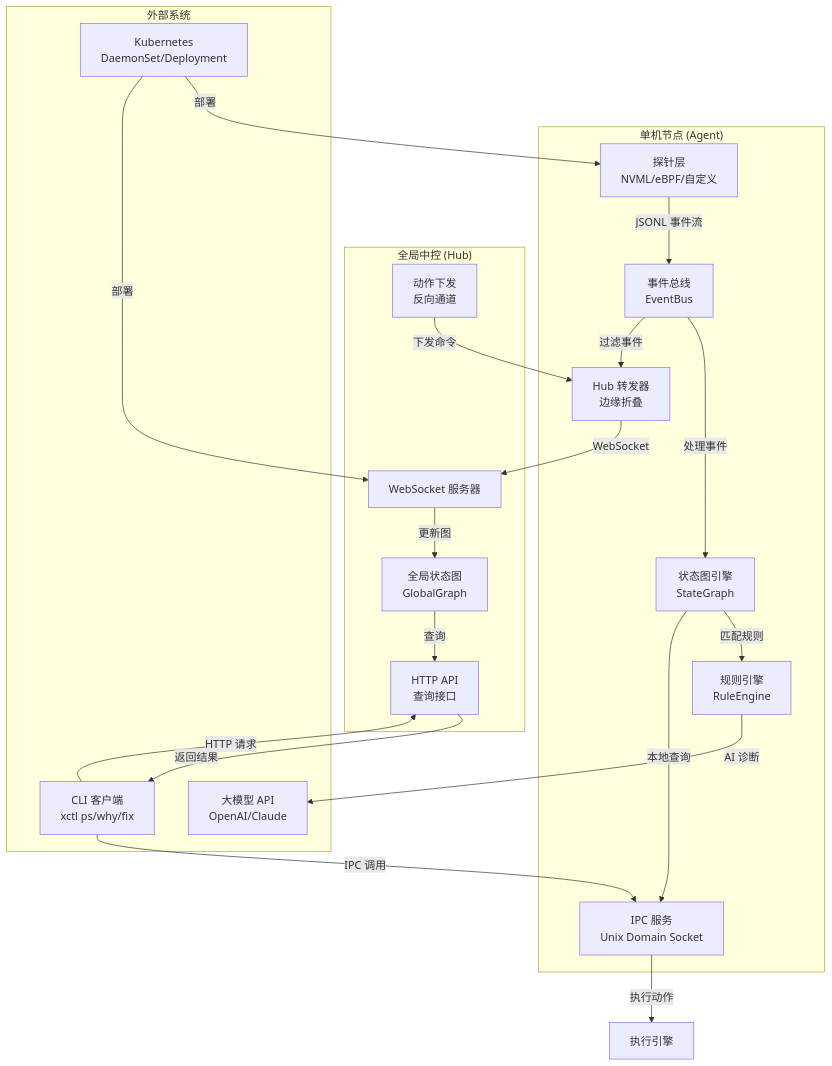
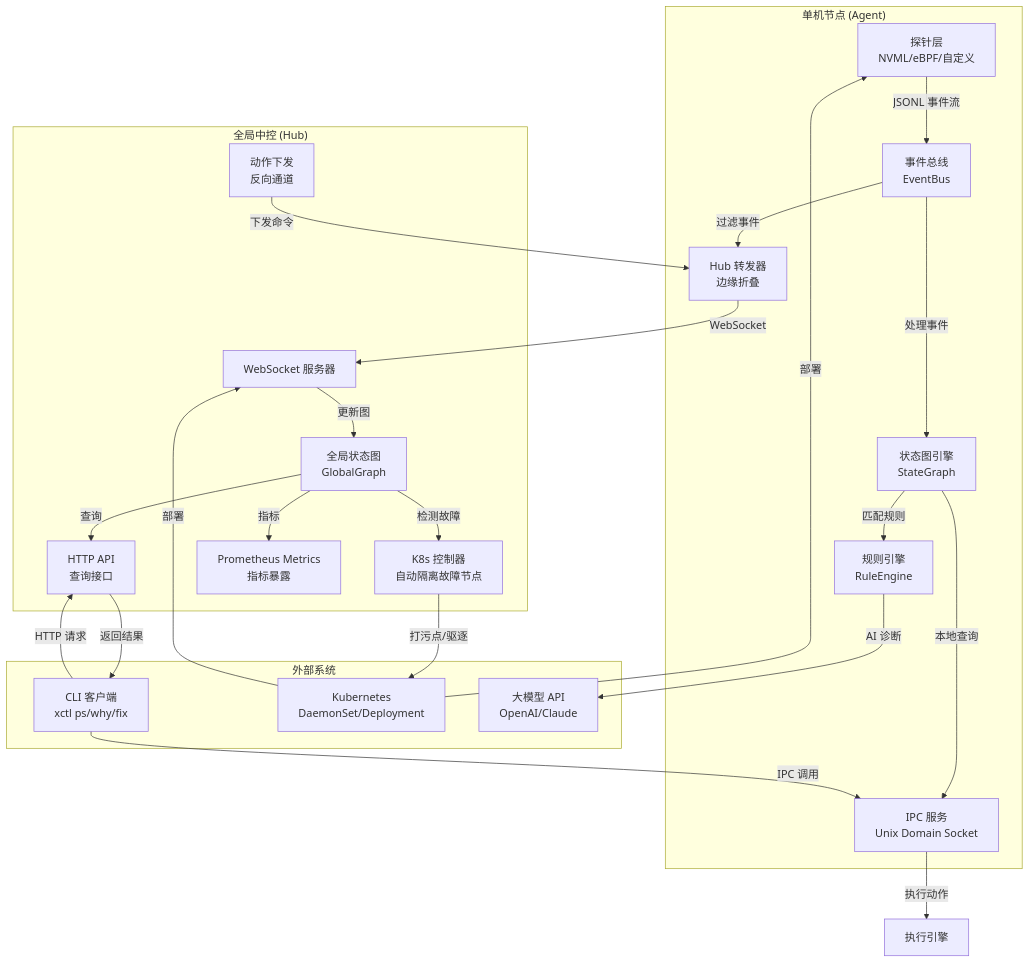
Before and after one commit to osen7/X-infra: the first of 6 diagrams in docs/ARCHITECTURE.md, drawn with Mermaid. The commit also changed other lines of this file and 22 other files, not shown here.

````diff
--- a/docs/ARCHITECTURE.md
+++ b/docs/ARCHITECTURE.md
@@ -7,45 +7,50 @@
 ```mermaid
 graph TB
     subgraph "单机节点 (Agent)"
         Probe[探针层<br/>NVML/eBPF/自定义]
         EventBus[事件总线<br/>EventBus]
         StateGraph[状态图引擎<br/>StateGraph]
         RuleEngine[规则引擎<br/>RuleEngine]
         IPC[IPC 服务<br/>Unix Domain Socket]
         HubForwarder[Hub 转发器<br/>边缘折叠]
     end
     
     subgraph "全局中控 (Hub)"
         WSServer[WebSocket 服务器]
         GlobalGraph[全局状态图<br/>GlobalGraph]
         HTTPAPI[HTTP API<br/>查询接口]
         ActionDispatch[动作下发<br/>反向通道]
+        K8sController[K8s 控制器<br/>自动隔离故障节点]
+        Metrics[Prometheus Metrics<br/>指标暴露]
     end
     
     subgraph "外部系统"
         CLI[CLI 客户端<br/>xctl ps/why/fix]
         K8s[Kubernetes<br/>DaemonSet/Deployment]
         LLM[大模型 API<br/>OpenAI/Claude]
     end
     
     Probe -->|JSONL 事件流| EventBus
     EventBus -->|处理事件| StateGraph
     StateGraph -->|匹配规则| RuleEngine
     StateGraph -->|本地查询| IPC
     EventBus -->|过滤事件| HubForwarder
     
     HubForwarder -->|WebSocket| WSServer
     WSServer -->|更新图| GlobalGraph
     GlobalGraph -->|查询| HTTPAPI
+    GlobalGraph -->|检测故障| K8sController
+    GlobalGraph -->|指标| Metrics
     HTTPAPI -->|返回结果| CLI
     ActionDispatch -->|下发命令| HubForwarder
+    K8sController -->|打污点/驱逐| K8s
     
     CLI -->|IPC 调用| IPC
     IPC -->|执行动作| Executor[执行引擎]
     
     CLI -->|HTTP 请求| HTTPAPI
     RuleEngine -->|AI 诊断| LLM
     
     K8s -->|部署| Probe
     K8s -->|部署| WSServer
 ```
````
